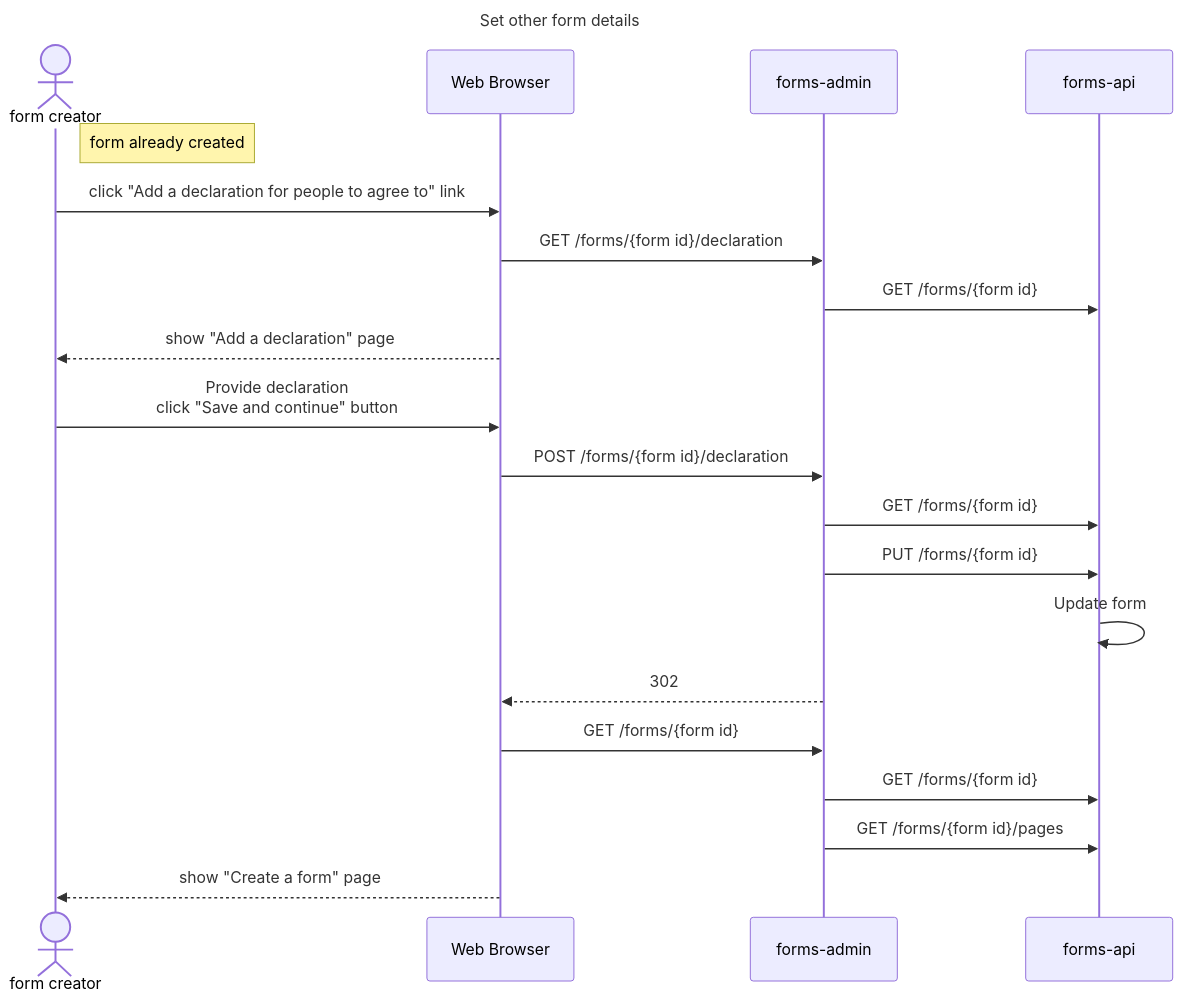
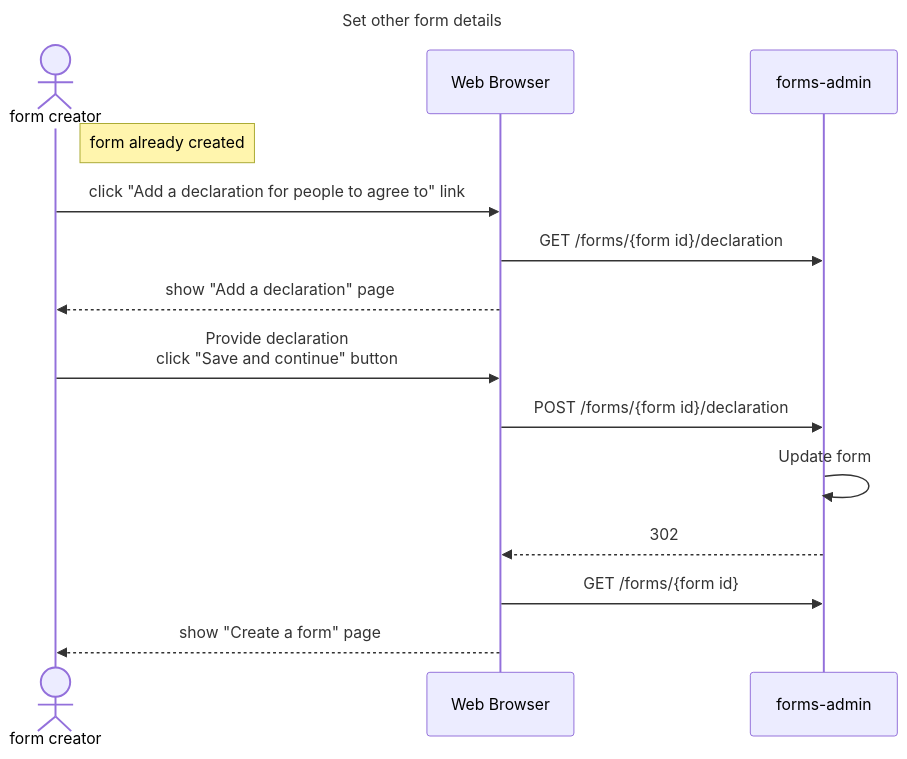
Before and after one commit to alphagov/forms: the third of 5 diagrams in diagrams/sequence-diagrams/creating-a-form.md, drawn with Mermaid. The commit also changed other lines of this file and 3 other files, not shown here.

First line of the commit message:
Remove forms-api from sequence diagrams

````diff
--- a/diagrams/sequence-diagrams/creating-a-form.md
+++ b/diagrams/sequence-diagrams/creating-a-form.md
@@ -79,28 +67,21 @@
 ```mermaid
 sequenceDiagram
   title Set other form details
   actor user as form creator
   participant browser as Web Browser
   participant admin as forms-admin
   link admin: GitHub repo @ https://github.com/alphagov/forms-admin
-  participant api as forms-api
-  link api: GitHub repo @ https://github.com/alphagov/forms-api
 
   note right of user: form already created
 
   user->>browser: click "Add a declaration for people to agree to" link
   browser->>admin: GET /forms/{form id}/declaration
 
-  admin->>api: GET /forms/{form id}
   browser-->>user: show "Add a declaration" page
   user->>browser: Provide declaration<br />click "Save and continue" button
   browser->>admin: POST /forms/{form id}/declaration
-  admin->>api: GET /forms/{form id}
-  admin->>api: PUT /forms/{form id}
-  api->>api: Update form
+  admin->>admin: Update form
   admin-->>browser: 302
   browser->>admin: GET /forms/{form id}
-  admin->>api: GET /forms/{form id}
-  admin->>api: GET /forms/{form id}/pages
   browser-->>user: show "Create a form" page
 ```
````
